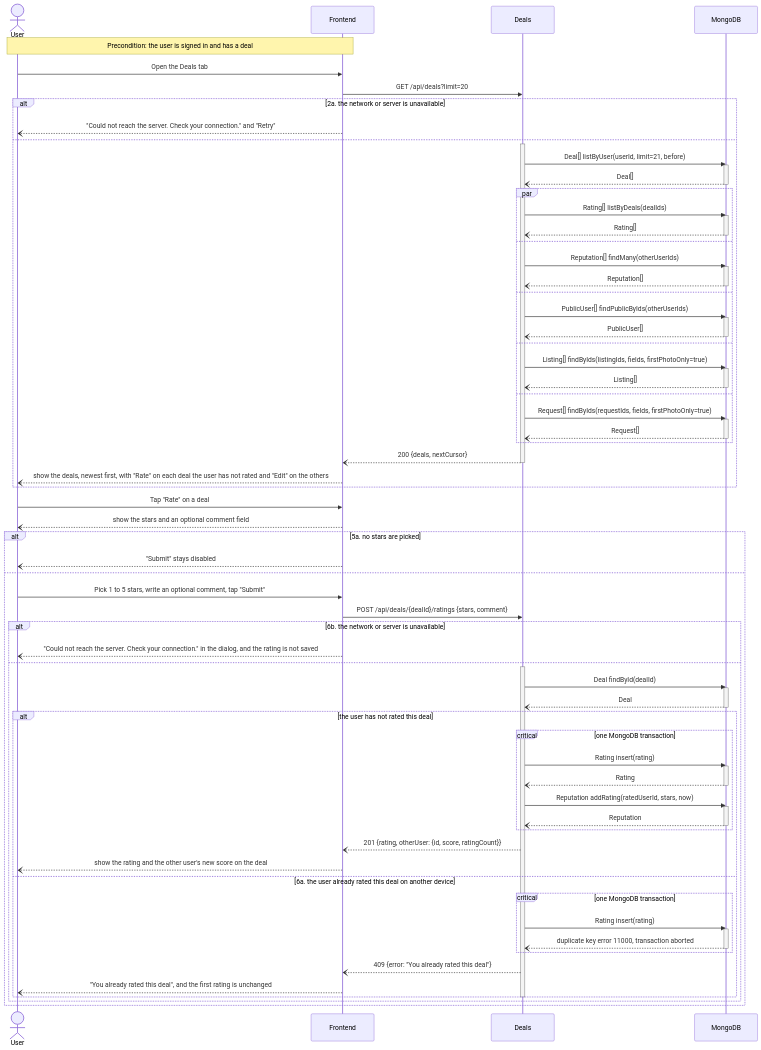
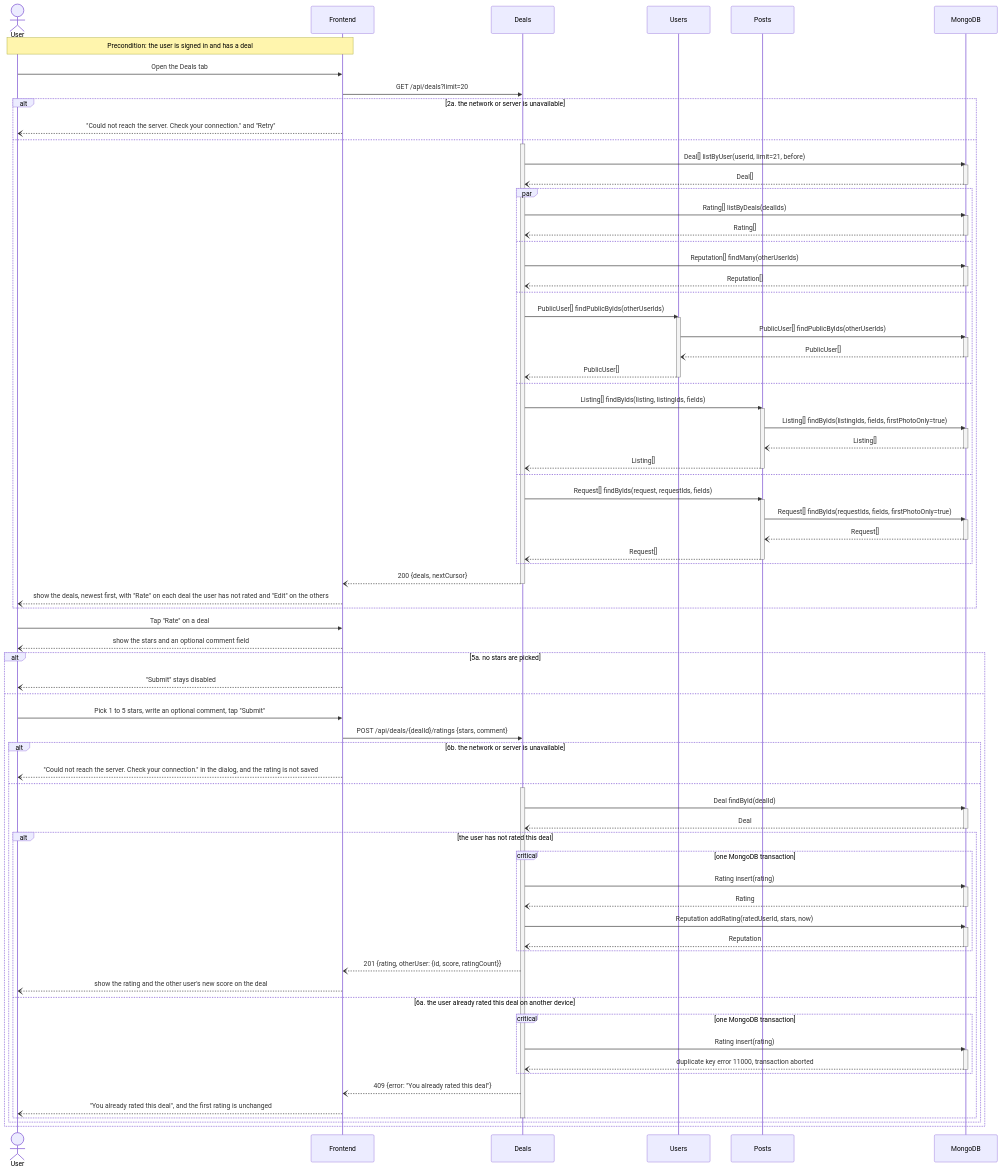
The third of 6 diagrams in documentation/Requirements_and_Design.md (m1lun/MatchMarket), drawn with Mermaid before and after one commit. The commit also changed other lines of this file and 43 other files, not shown here.

```diff
--- a/documentation/Requirements_and_Design.md
+++ b/documentation/Requirements_and_Design.md
@@ -645,6 +656,8 @@
     actor U as User
     participant FE as Frontend
     participant D as Deals
+    participant UA as Users
+    participant P as Posts
     participant DB as MongoDB
     Note over U,FE: Precondition: the user is signed in and has a deal
     U->>FE: Open the Deals tab
@@ -668,20 +681,32 @@
             DB--)D: Reputation[]
             deactivate DB
         and
-            D->>DB: PublicUser[] findPublicByIds(otherUserIds)
+            D->>UA: PublicUser[] findPublicByIds(otherUserIds)
+            activate UA
+            UA->>DB: PublicUser[] findPublicByIds(otherUserIds)
             activate DB
-            DB--)D: PublicUser[]
+            DB--)UA: PublicUser[]
             deactivate DB
+            UA--)D: PublicUser[]
+            deactivate UA
         and
-            D->>DB: Listing[] findByIds(listingIds, fields, firstPhotoOnly=true)
+            D->>P: Listing[] findByIds(listing, listingIds, fields)
+            activate P
+            P->>DB: Listing[] findByIds(listingIds, fields, firstPhotoOnly=true)
             activate DB
-            DB--)D: Listing[]
+            DB--)P: Listing[]
             deactivate DB
+            P--)D: Listing[]
+            deactivate P
         and
-            D->>DB: Request[] findByIds(requestIds, fields, firstPhotoOnly=true)
+            D->>P: Request[] findByIds(request, requestIds, fields)
+            activate P
+            P->>DB: Request[] findByIds(requestIds, fields, firstPhotoOnly=true)
             activate DB
-            DB--)D: Request[]
+            DB--)P: Request[]
             deactivate DB
+            P--)D: Request[]
+            deactivate P
         end
         D--)FE: 200 {deals, nextCursor}
         deactivate D
```
